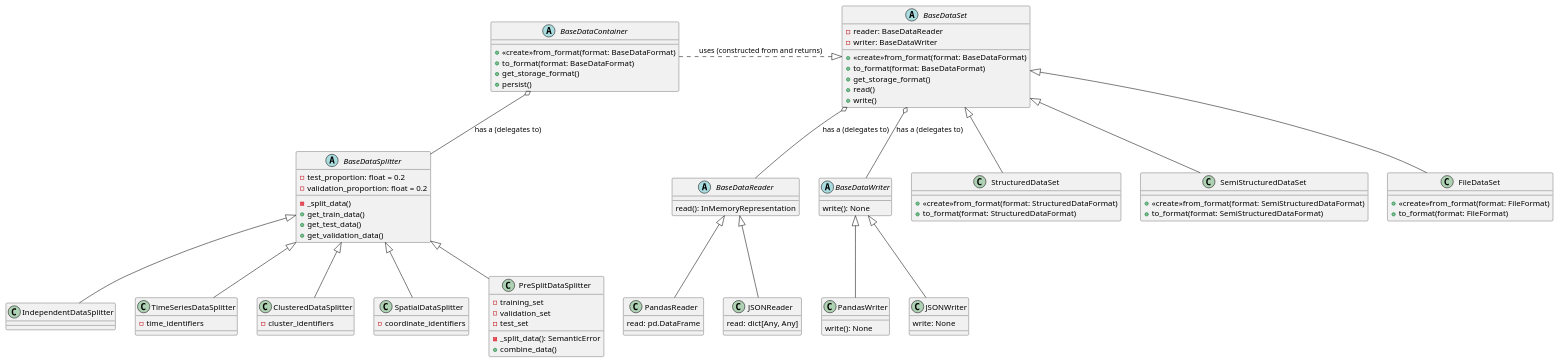
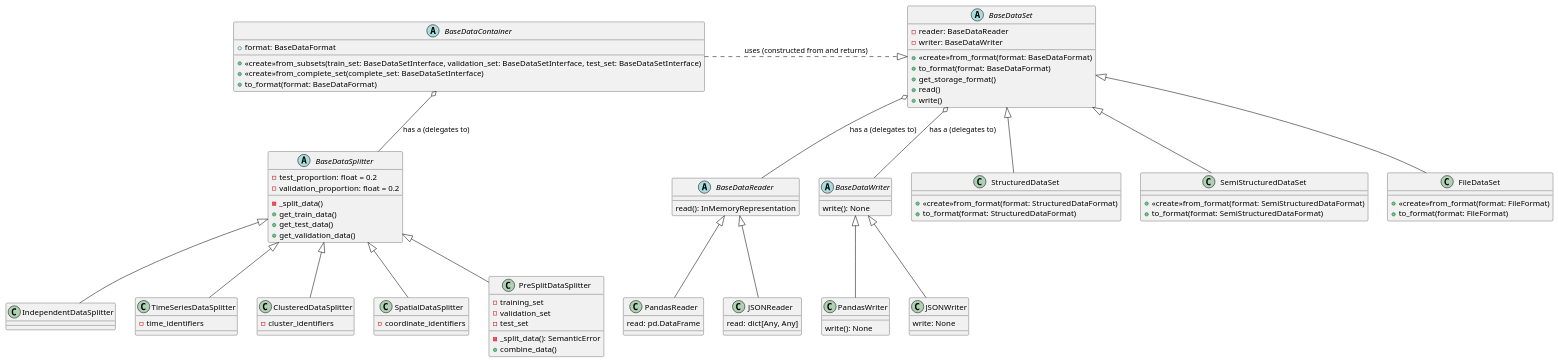
The diagram in docs/uml/data_container_implementation.puml (tloeber/ML-interfaces), drawn with PlantUML before and after one commit. The commit also changed 2 other files, not shown here.

Commit message:
Remove constructurs from DataContainerInterface, and add them to implementation instead.

```diff
--- a/docs/uml/data_container_implementation.puml
+++ b/docs/uml/data_container_implementation.puml
@@ -1,107 +1,107 @@
 @startuml
 
 BaseDataContainer o-- BaseDataSplitter : has a (delegates to)
 BaseDataContainer .right.|> BaseDataSet : uses (constructed from and returns)
 
 abstract class BaseDataContainer {
-  +<<create>>from_format(format: BaseDataFormat)
-  +to_format(format: BaseDataFormat)
-  +get_storage_format()
-  +persist()
+  + format: BaseDataFormat
+  + <<create>>from_subsets(train_set: BaseDataSetInterface, validation_set: BaseDataSetInterface, test_set: BaseDataSetInterface)
+  + <<create>>from_complete_set(complete_set: BaseDataSetInterface)
+  + to_format(format: BaseDataFormat)
 }
 
 abstract class BaseDataSplitter {
   - test_proportion: float = 0.2
   - validation_proportion: float = 0.2
   - _split_data()
   + get_train_data()
   + get_test_data()
   + get_validation_data()
 }
 
 class IndependentDataSplitter
 class TimeSeriesDataSplitter {
   - time_identifiers
 }
 class ClusteredDataSplitter {
   - cluster_identifiers
 }
 class SpatialDataSplitter {
   - coordinate_identifiers
 }
 class PreSplitDataSplitter{
   - training_set
   - validation_set
   - test_set
   - _split_data(): SemanticError
   + combine_data()
 }
 
 BaseDataSplitter <|-- IndependentDataSplitter
 BaseDataSplitter <|-- TimeSeriesDataSplitter
 BaseDataSplitter <|-- ClusteredDataSplitter
 BaseDataSplitter <|-- SpatialDataSplitter
 BaseDataSplitter <|-- PreSplitDataSplitter
 
 
 abstract class BaseDataSet {
   - reader: BaseDataReader
   - writer: BaseDataWriter
   +<<create>>from_format(format: BaseDataFormat)
   +to_format(format: BaseDataFormat)
   +get_storage_format()
   +read()
   +write()
 }
 
 abstract class BaseDataReader {
   read(): InMemoryRepresentation
 }
 class PandasReader {
 	read: pd.DataFrame
 }
 class JSONReader {
 	read: dict[Any, Any]
 }
 
 abstract class BaseDataWriter {
   write(): None
 }
 
 class PandasWriter {
 	write(): None
 }
 
 class JSONWriter {
 	write: None
 }
 
 BaseDataSet o-- BaseDataReader : has a (delegates to)
 BaseDataSet o-- BaseDataWriter : has a (delegates to)
 
 BaseDataReader <|-- PandasReader
 BaseDataReader <|-- JSONReader
 
 BaseDataWriter <|-- PandasWriter
 BaseDataWriter <|-- JSONWriter
 
 class StructuredDataSet{
   +<<create>>from_format(format: StructuredDataFormat)
   +to_format(format: StructuredDataFormat)
 }
 
 class SemiStructuredDataSet{
   +<<create>>from_format(format: SemiStructuredDataFormat)
   +to_format(format: SemiStructuredDataFormat)
 }
 
 class FileDataSet {
   +<<create>>from_format(format: FileFormat)
   +to_format(format: FileFormat)
 }
 
 BaseDataSet <|-- StructuredDataSet
 BaseDataSet <|-- SemiStructuredDataSet
 BaseDataSet <|-- FileDataSet
 
 @enduml
```
